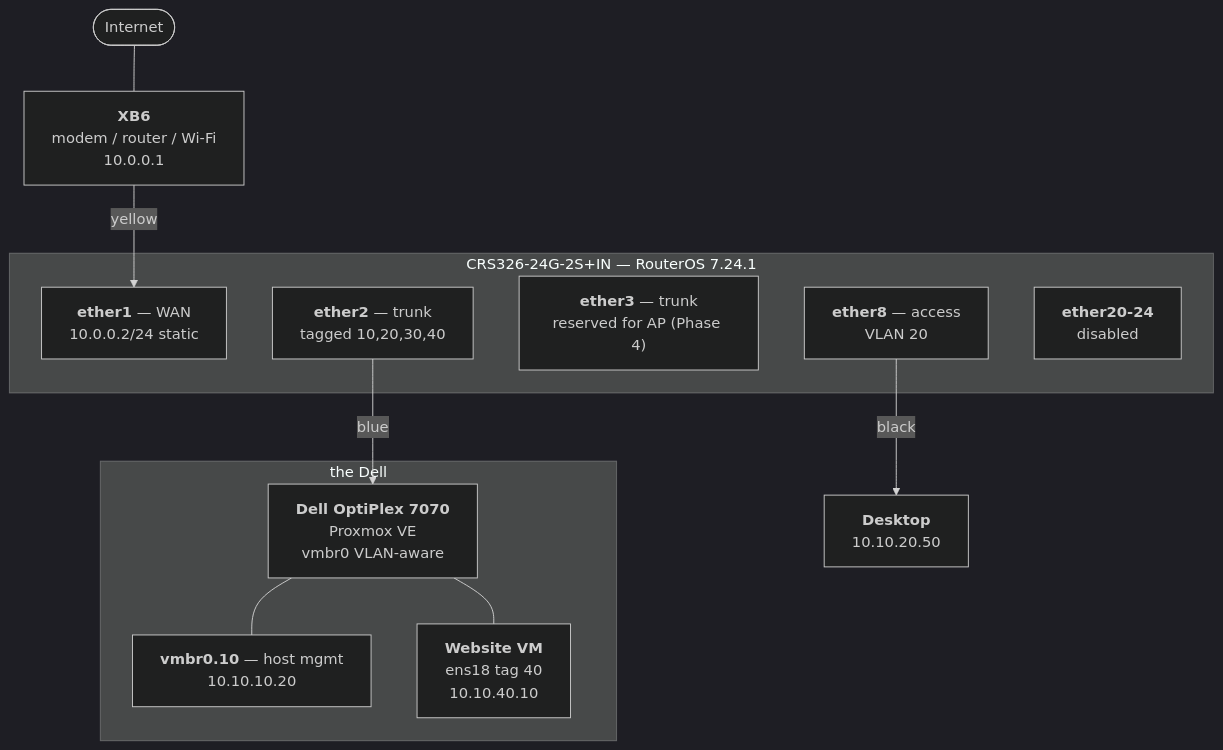
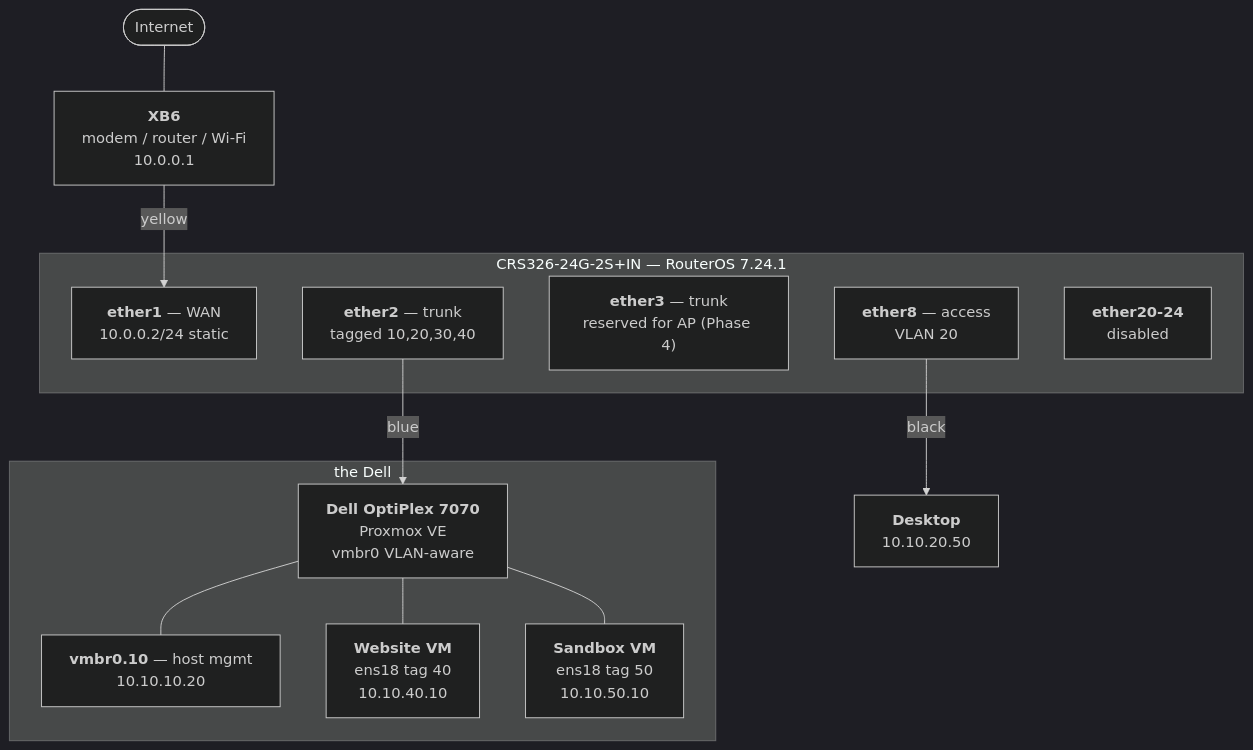
One commit to dmandevv/soc-python-homelab changed the first of 2 diagrams in network-diagrams.md. Above: the diagram before and after it, drawn with Mermaid (dark theme). The commit also changed other lines of this file and 2 other files, not shown here.

First line of the commit message:
Add VLAN 50 - sandbox segment for a TryHackMe workstation

````diff
--- a/network-diagrams.md
+++ b/network-diagrams.md
@@ -11,33 +11,35 @@
 ```mermaid
 graph TD
     NET([Internet])
     XB6["<b>XB6</b><br/>modem / router / Wi-Fi<br/>10.0.0.1"]
     E1["<b>ether1</b> — WAN<br/>10.0.0.2/24 static"]
     E2["<b>ether2</b> — trunk<br/>tagged 10,20,30,40"]
     E3["<b>ether3</b> — trunk<br/>reserved for AP (Phase 4)"]
     E8["<b>ether8</b> — access<br/>VLAN 20"]
     EU["<b>ether20-24</b><br/>disabled"]
     DESK["<b>Desktop</b><br/>10.10.20.50"]
     DELL["<b>Dell OptiPlex 7070</b><br/>Proxmox VE<br/>vmbr0 VLAN-aware"]
     HOST["<b>vmbr0.10</b> — host mgmt<br/>10.10.10.20"]
     VM["<b>Website VM</b><br/>ens18 tag 40<br/>10.10.40.10"]
+    SBX["<b>Sandbox VM</b><br/>ens18 tag 50<br/>10.10.50.10"]
 
     NET --- XB6
     XB6 -->|"yellow"| E1
 
     subgraph SW["CRS326-24G-2S+IN — RouterOS 7.24.1"]
         E1
         E2
         E3
         E8
         EU
     end
 
     E2 -->|"blue"| DELL
     E8 -->|"black"| DESK
 
     subgraph D["the Dell"]
         DELL --- HOST
         DELL --- VM
+        DELL --- SBX
     end
 ```
````
